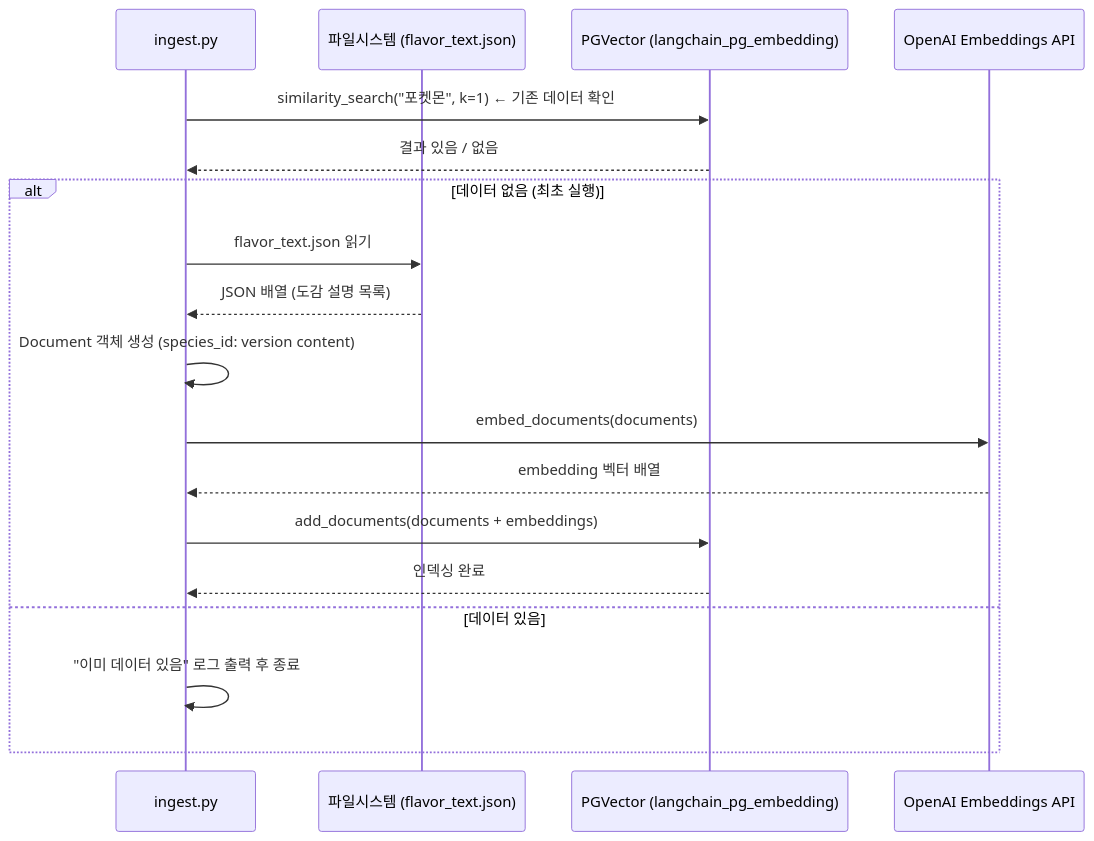
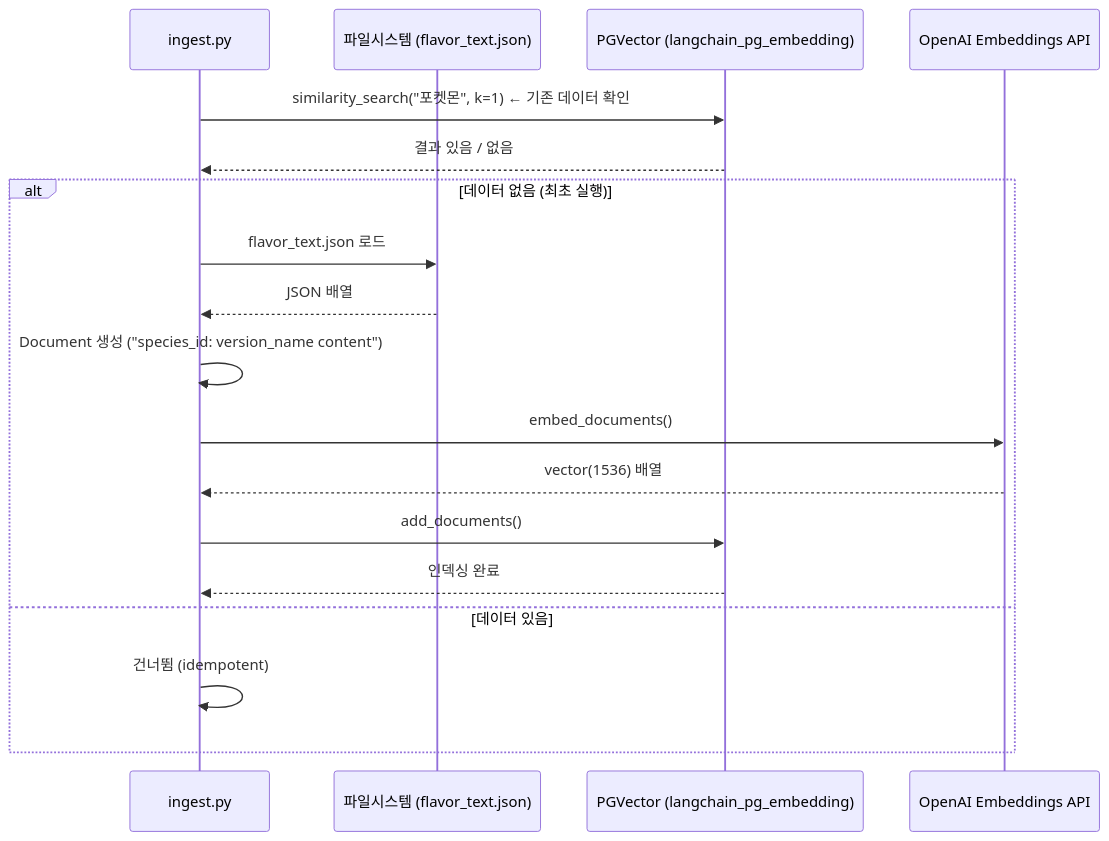
The eighth of 9 diagrams in docs/챗봇/04_시퀀스다이어그램.md (SKNETWORKS-FAMILY-AICAMP/SKN27-3rd-3TEAM), drawn with Mermaid before and after one commit. The commit also changed other lines of this file and 10 other files, not shown here.

````diff
--- a/docs/챗봇/04_시퀀스다이어그램.md
+++ b/docs/챗봇/04_시퀀스다이어그램.md
@@ -165,22 +222,22 @@
 ```mermaid
 sequenceDiagram
     participant SCRIPT as ingest.py
     participant FS as 파일시스템 (flavor_text.json)
     participant VEC as PGVector (langchain_pg_embedding)
     participant OAI as OpenAI Embeddings API
 
     SCRIPT->>VEC: similarity_search("포켓몬", k=1) ← 기존 데이터 확인
     VEC-->>SCRIPT: 결과 있음 / 없음
 
     alt 데이터 없음 (최초 실행)
-        SCRIPT->>FS: flavor_text.json 읽기
-        FS-->>SCRIPT: JSON 배열 (도감 설명 목록)
-        SCRIPT->>SCRIPT: Document 객체 생성 (species_id: version content)
-        SCRIPT->>OAI: embed_documents(documents)
-        OAI-->>SCRIPT: embedding 벡터 배열
-        SCRIPT->>VEC: add_documents(documents + embeddings)
+        SCRIPT->>FS: flavor_text.json 로드
+        FS-->>SCRIPT: JSON 배열
+        SCRIPT->>SCRIPT: Document 생성 ("species_id: version_name content")
+        SCRIPT->>OAI: embed_documents()
+        OAI-->>SCRIPT: vector(1536) 배열
+        SCRIPT->>VEC: add_documents()
         VEC-->>SCRIPT: 인덱싱 완료
     else 데이터 있음
-        SCRIPT->>SCRIPT: "이미 데이터 있음" 로그 출력 후 종료
+        SCRIPT->>SCRIPT: 건너뜀 (idempotent)
     end
 ```
````
